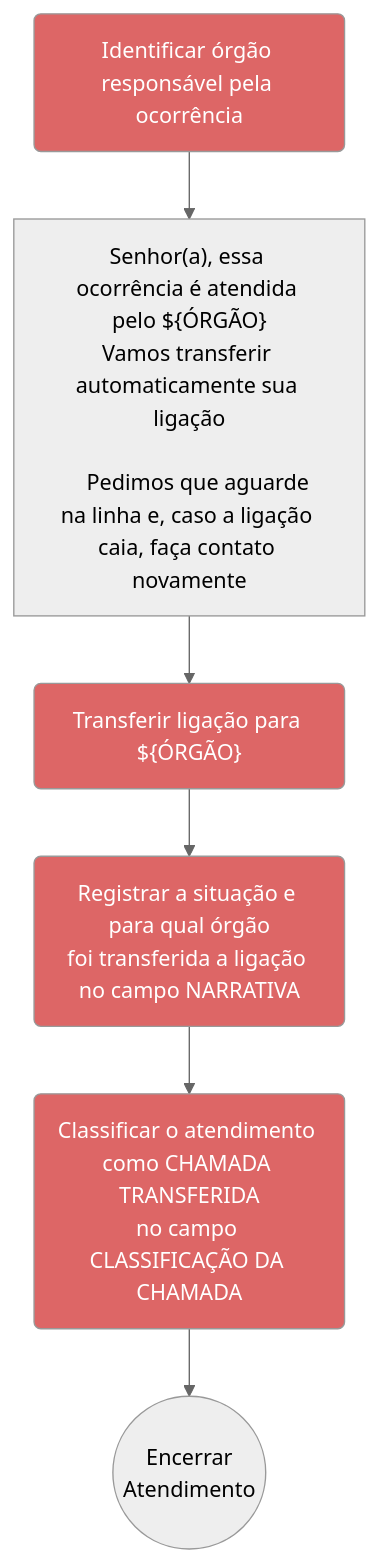
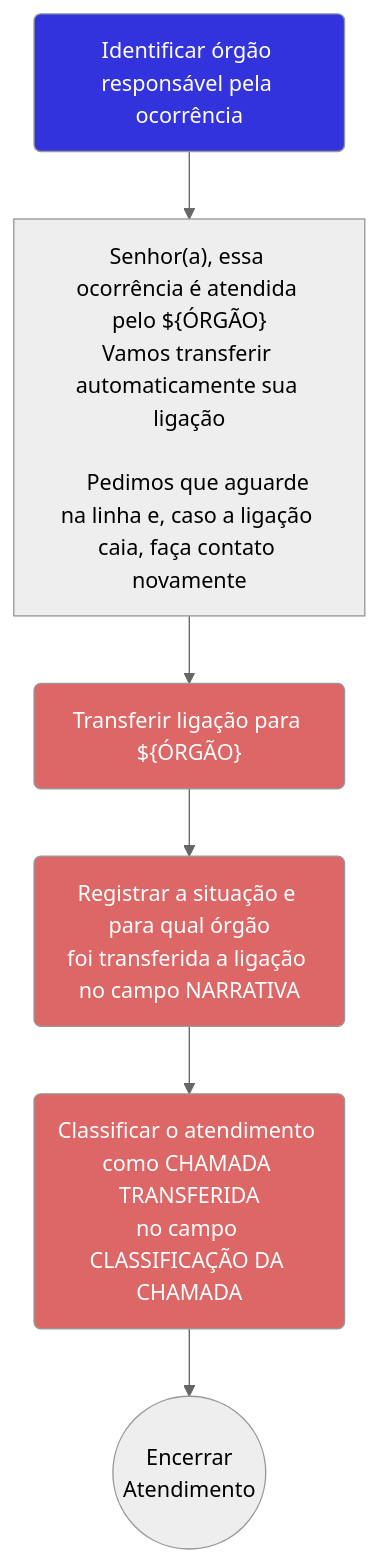
The fifth of 5 diagrams in docs/index.mdx (winstein27/protocolo-193), drawn with Mermaid (neutral theme) before and after one commit. The commit also changed other lines of this file and 1 other file, not shown here.

````diff
--- a/docs/index.mdx
+++ b/docs/index.mdx
@@ -110,13 +110,14 @@
 ```mermaid
 graph TD
-    B(Identificar órgão responsável pela ocorrência):::atendente
+    B(Identificar órgão responsável pela ocorrência):::link
     B --> C["Senhor(a), essa ocorrência é atendida pelo ${ÓRGÃO}\nVamos transferir automaticamente sua ligação\n
     Pedimos que aguarde na linha e, caso a ligação caia, faça contato novamente"]
     C --> D("Transferir ligação para ${ÓRGÃO}"):::atendente
     D --> E(Registrar a situação e para qual órgão\nfoi transferida a ligação no campo NARRATIVA):::atendente
     E --> F(Classificar o atendimento como CHAMADA TRANSFERIDA\nno campo CLASSIFICAÇÃO DA CHAMADA):::atendente
     F --> G((Encerrar\nAtendimento))
-
+    
+    click B "#contatos-das-agências-externas" "Contatos das Agências Externas"
     classDef atendente fill:#d66, color:#fff
     classDef link fill:#33d, color:#fff
 ``` 
````
